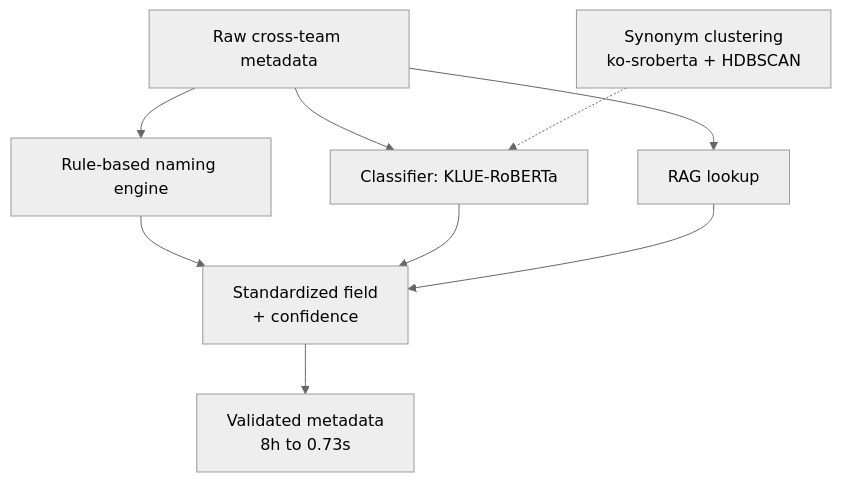
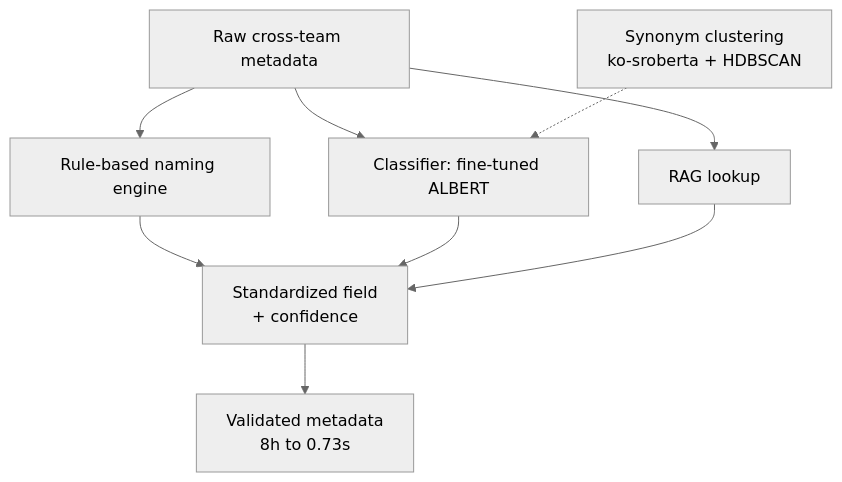
Before and after one commit to kmink3225/kmink3225.github.io: the first of 2 diagrams in _pages/ko_project_2_data_standardization.md, drawn with Mermaid (neutral theme). The commit also changed other lines of this file and 3 other files, not shown here.

````diff
--- a/_pages/ko_project_2_data_standardization.md
+++ b/_pages/ko_project_2_data_standardization.md
@@ -28,11 +37,11 @@
 ```mermaid
 flowchart TB
     IN[Raw cross-team metadata] --> RULE[Rule-based naming engine]
-    IN --> CLF[Classifier: KLUE-RoBERTa]
+    IN --> CLF[Classifier: fine-tuned ALBERT]
     IN --> RAG[RAG lookup]
     RULE --> STD[Standardized field<br/>+ confidence]
     CLF --> STD
     RAG --> STD
     SYN[Synonym clustering<br/>ko-sroberta + HDBSCAN] -.-> CLF
     STD --> OUT[Validated metadata<br/>8h to 0.73s]
 ```
````
